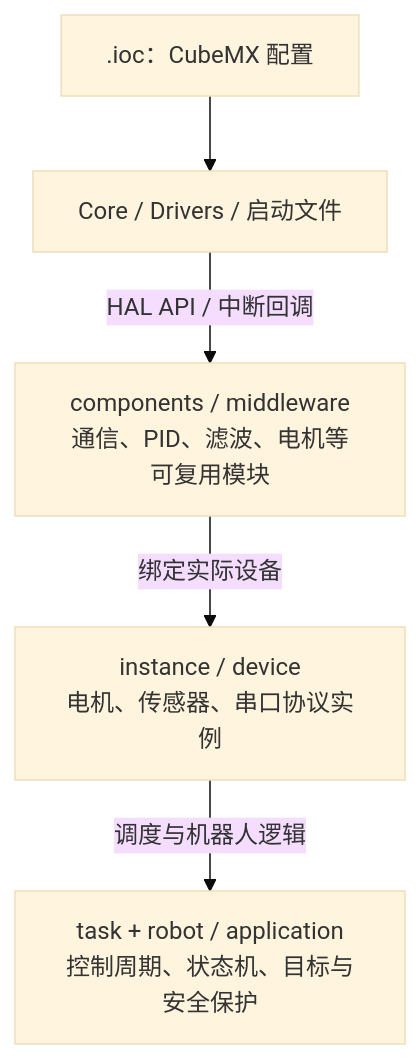
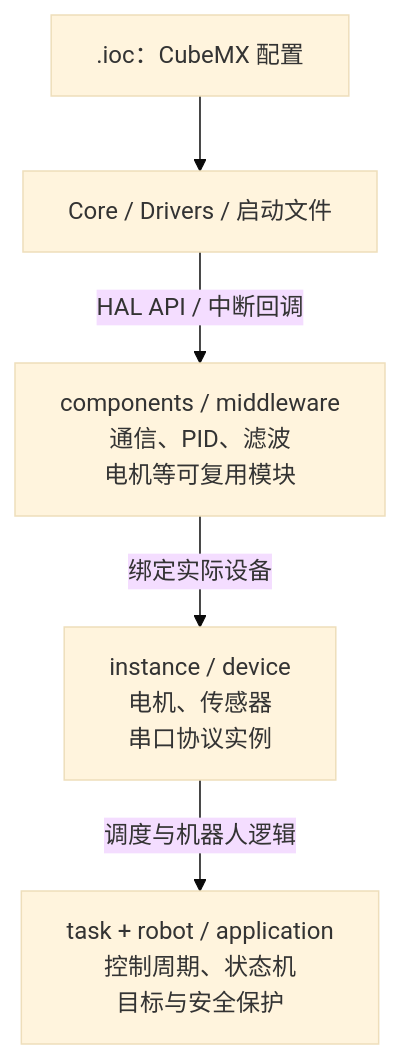
The third of 6 diagrams in src/content/induction/15-上下位机介绍及通信.md (Hello-World-Vision/Vision_Website), drawn with Mermaid (base theme) before and after one commit. The commit also changed 2 other files, not shown here.

Commit message:
fix: 去除 project 页面密码门，优化 mermaid 渲染

````diff
--- a/src/content/induction/15-上下位机介绍及通信.md
+++ b/src/content/induction/15-上下位机介绍及通信.md
@@ -88,7 +88,7 @@
 ```mermaid
 flowchart TD
     ioc[.ioc：CubeMX 配置] --> core[Core / Drivers / 启动文件]
-    core -->|HAL API / 中断回调| components[components / middleware<br/>通信、PID、滤波、电机等可复用模块]
-    components -->|绑定实际设备| instance[instance / device<br/>电机、传感器、串口协议实例]
-    instance -->|调度与机器人逻辑| app[task + robot / application<br/>控制周期、状态机、目标与安全保护]
+    core -->|HAL API / 中断回调| components[components / middleware<br/>通信、PID、滤波<br/>电机等可复用模块]
+    components -->|绑定实际设备| instance[instance / device<br/>电机、传感器<br/>串口协议实例]
+    instance -->|调度与机器人逻辑| app[task + robot / application<br/>控制周期、状态机<br/>目标与安全保护]
 ```
````
